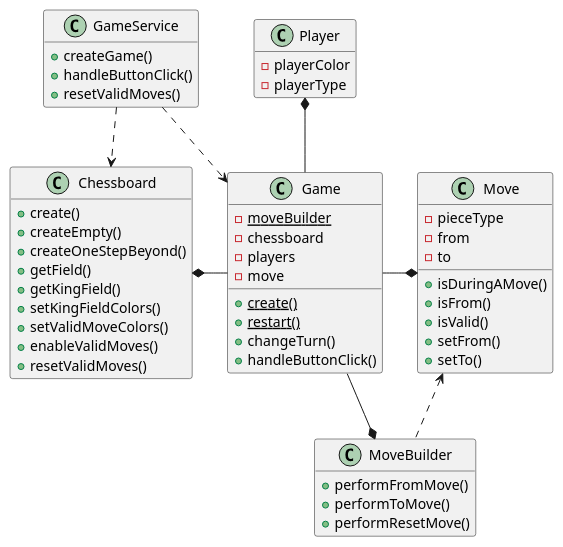
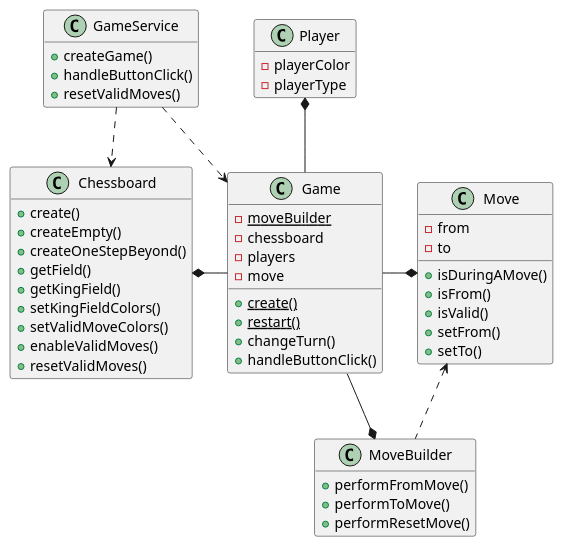
Before and after one commit to tiktaalick/chess-with-database: the diagram in game/src/main/resources/uml/game.puml, drawn with PlantUML. The commit also changed 4 other files, not shown here.

Commit message:
Added a PlantUML class diagram describing the chessboard package.

```diff
--- a/game/src/main/resources/uml/game.puml
+++ b/game/src/main/resources/uml/game.puml
@@ -1,73 +1,72 @@
 @startuml
 
 '--------------'
 'Hidden members'
 '--------------'
 hide empty members
 
 '----'
 'Game'
 '----'
 class GameService {
     + createGame()
     + handleButtonClick()
     + resetValidMoves()
 }
 
 class Game {
     - {static} moveBuilder
     - chessboard
     - players
     - move
     + {static} create()
     + {static} restart()
     + changeTurn()
     + handleButtonClick()
 }
 
 class Chessboard {
     + create()
     + createEmpty()
     + createOneStepBeyond()
     + getField()
     + getKingField()
     + setKingFieldColors()
     + setValidMoveColors()
     + enableValidMoves()
     + resetValidMoves()
 }
 
 class Move {
-    - pieceType
     - from
     - to
     + isDuringAMove()
     + isFrom()
     + isValid()
     + setFrom()
     + setTo()
 }
 
 class MoveBuilder {
     + performFromMove()
     + performToMove()
     + performResetMove()
 }
 
 class Player {
     - playerColor
     - playerType
 }
 
 '---------'
 'Relations'
 '---------'
 GameService ..> Game
 GameService ..> Chessboard
 Game -left-* Chessboard
 Game -down-* MoveBuilder
 MoveBuilder .up.> Move
 Game -right-* Move
 Game -up-* Player
 
 @enduml
```
